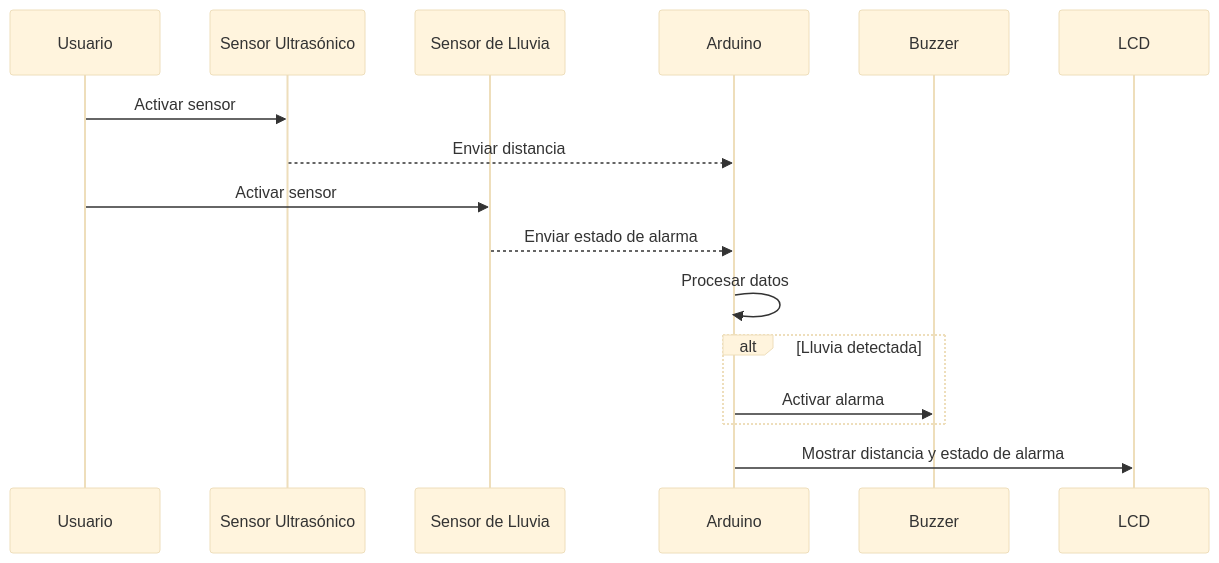
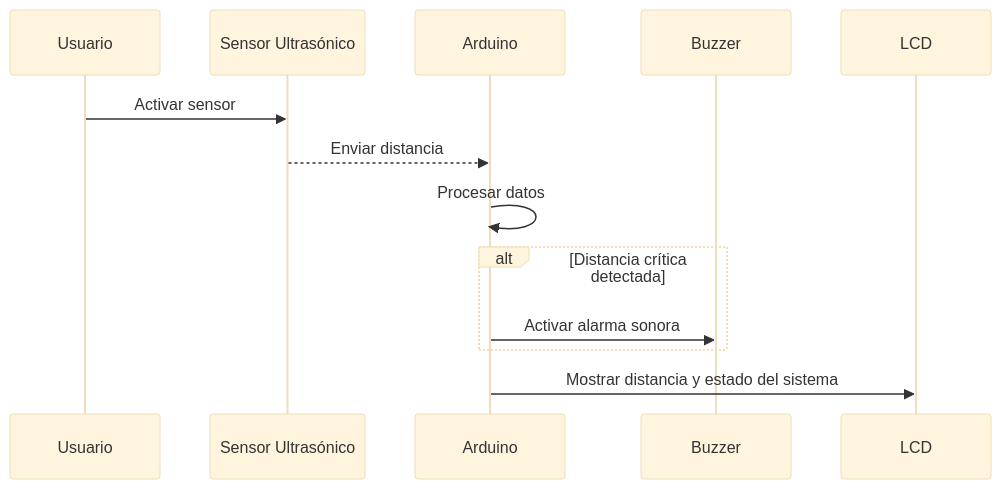
One commit to JohnRojas06289/IOT2025 changed the third of 3 diagrams in README.md. Above: the diagram before and after it, drawn with Mermaid (base theme). The commit also changed other lines of this file, not shown here.

````diff
--- a/README.md
+++ b/README.md
@@ -117,22 +117,19 @@
 ```mermaid
 sequenceDiagram
     participant Usuario
     participant HC_SR04 as Sensor Ultrasónico
-    participant SensorLluvia as Sensor de Lluvia
     participant Arduino
     participant Buzzer
     participant LCD
 
     Usuario->>HC_SR04: Activar sensor
     HC_SR04-->>Arduino: Enviar distancia
-    Usuario->>SensorLluvia: Activar sensor
-    SensorLluvia-->>Arduino: Enviar estado de alarma
 
     Arduino->>Arduino: Procesar datos
-    alt Lluvia detectada
-        Arduino->>Buzzer: Activar alarma
+    alt Distancia crítica detectada
+        Arduino->>Buzzer: Activar alarma sonora
     end
 
-    Arduino->>LCD: Mostrar distancia y estado de alarma
+    Arduino->>LCD: Mostrar distancia y estado del sistema
 
 ```
````
